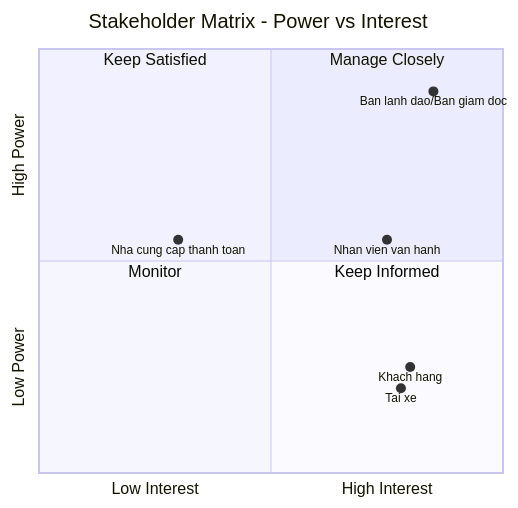
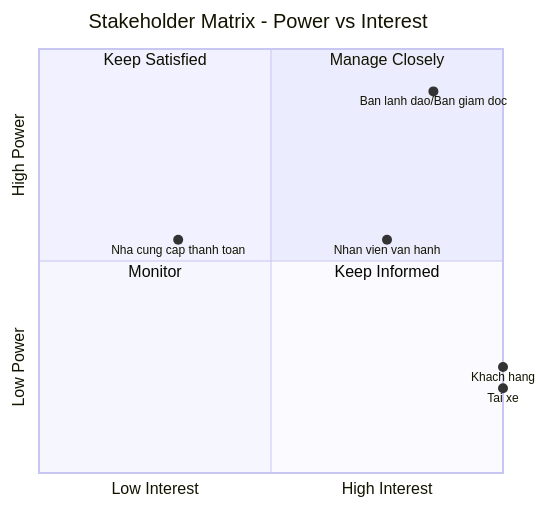
Before and after one commit to BaMin-ui/23677001_DangThePhuc_CABSYSTEM: the first of 3 diagrams in srs.md, drawn with Mermaid. The commit also changed other lines of this file, not shown here.

Commit message:
Update stakeholder positions in the matrix

````diff
--- a/srs.md
+++ b/srs.md
@@ -28,15 +29,15 @@
 ```mermaid
 quadrantChart
     title Stakeholder Matrix - Power vs Interest
     x-axis Low Interest --> High Interest
     y-axis Low Power --> High Power
     quadrant-1 Manage Closely
     quadrant-2 Keep Satisfied
     quadrant-3 Monitor
     quadrant-4 Keep Informed
     Ban lanh dao/Ban giam doc: [0.85, 0.9]
     Nhan vien van hanh: [0.75, 0.55]
-    Khach hang: [0.8, 0.25]
-    Tai xe: [0.78, 0.2]
+    Khach hang: [1, 0.25]
+    Tai xe: [1, 0.2]
     Nha cung cap thanh toan: [0.3, 0.55]
 ```
````
